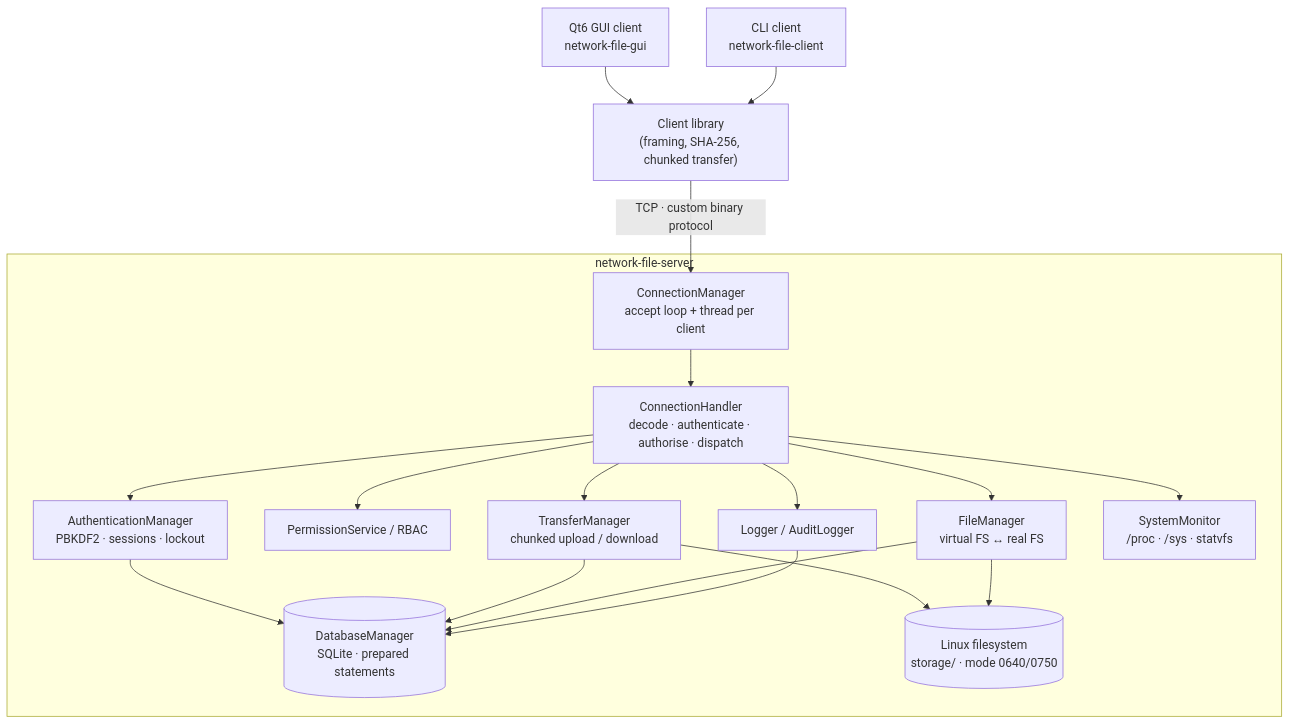
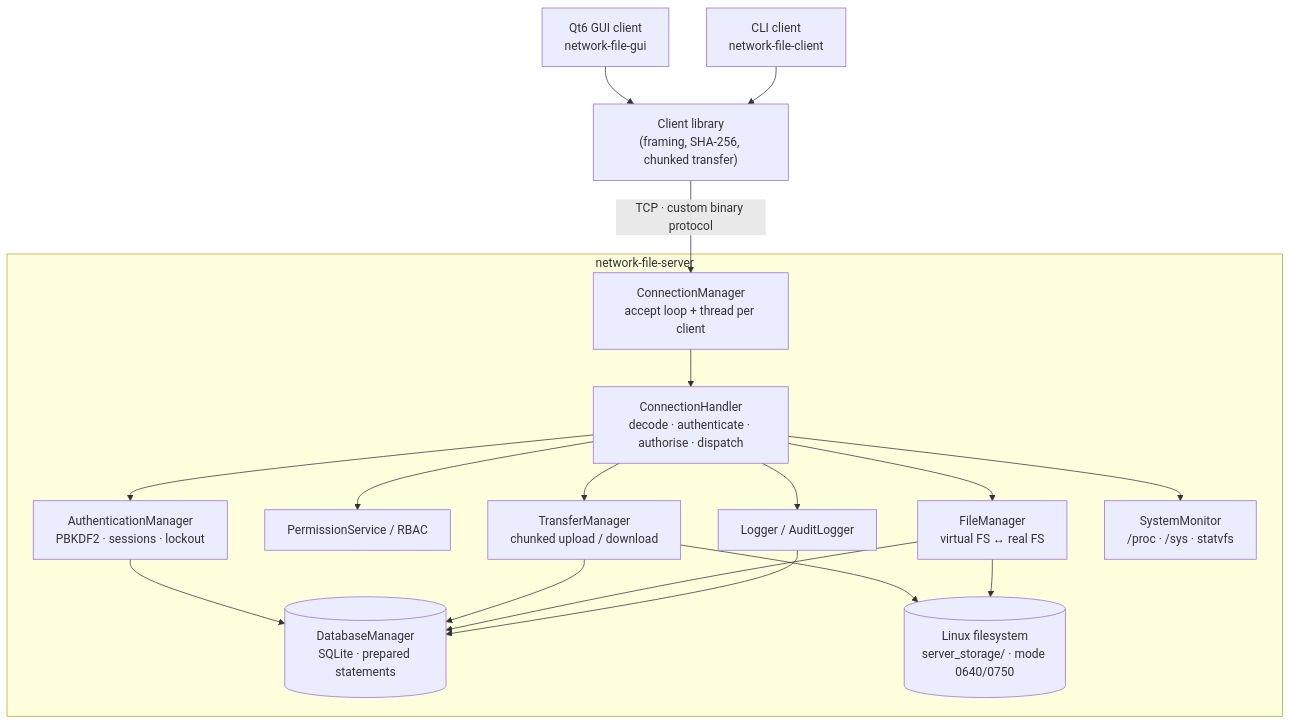
The first of 5 diagrams in README.md (neelanjanpandaa/LinSFT), drawn with Mermaid before and after one commit. The commit also changed other lines of this file and 13 other files, not shown here.

Commit message:
Docs: SRS, SDLC, TestCases, POSTER_COMPLIANCE, 10-day plan; update README/UML/DEMO/ARCHITECTURE for the new layout and CLI

````diff
--- a/README.md
+++ b/README.md
@@ -48,21 +50,21 @@
 ```mermaid
 flowchart TD
     GUI["Qt6 GUI client<br/>network-file-gui"] --> CL
     CLI["CLI client<br/>network-file-client"] --> CL
     CL["Client library<br/>(framing, SHA-256, chunked transfer)"] -- "TCP · custom binary protocol" --> CM
     subgraph SRV["network-file-server"]
         CM["ConnectionManager<br/>accept loop + thread per client"] --> CH["ConnectionHandler<br/>decode · authenticate · authorise · dispatch"]
         CH --> AUTH["AuthenticationManager<br/>PBKDF2 · sessions · lockout"]
         CH --> PERM["PermissionService / RBAC"]
         CH --> TM["TransferManager<br/>chunked upload / download"]
         CH --> FM["FileManager<br/>virtual FS ↔ real FS"]
         CH --> AUD["Logger / AuditLogger"]
         CH --> SYS["SystemMonitor<br/>/proc · /sys · statvfs"]
         AUTH --> DB[("DatabaseManager<br/>SQLite · prepared statements")]
         TM --> DB
         FM --> DB
         AUD --> DB
-        TM --> FS[("Linux filesystem<br/>storage/ · mode 0640/0750")]
+        TM --> FS[("Linux filesystem<br/>server_storage/ · mode 0640/0750")]
         FM --> FS
     end
 ```
````
